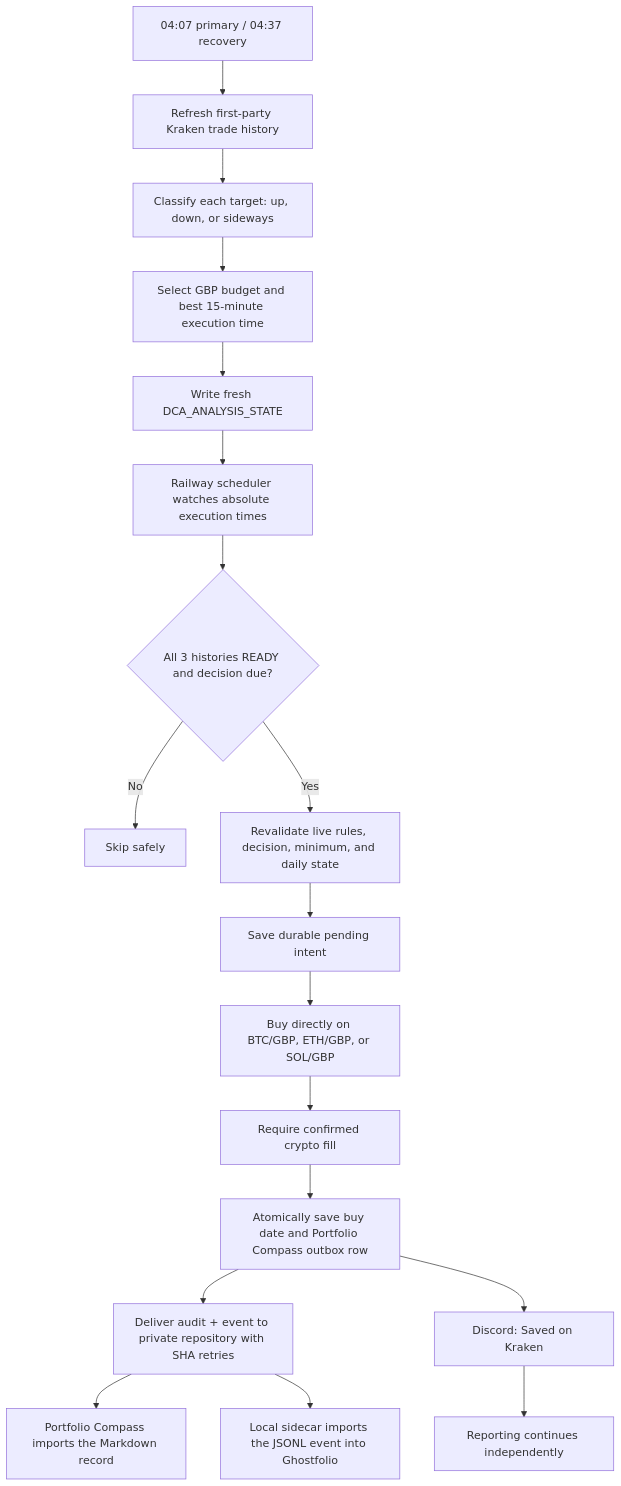
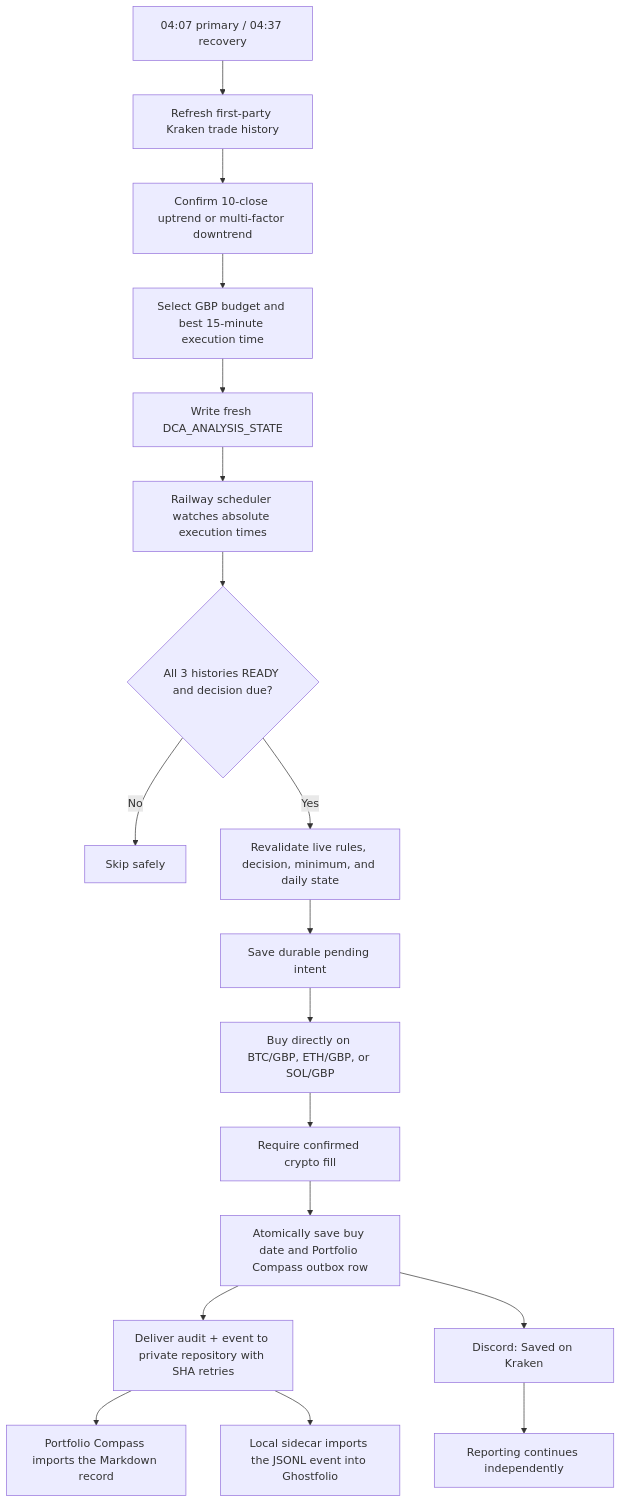
Before and after one commit to aesscialo-bot/DCA-Bot: the first of 2 diagrams in README.md, drawn with Mermaid. The commit also changed other lines of this file and 16 other files, not shown here.

````diff
--- a/README.md
+++ b/README.md
@@ -72,20 +72,20 @@
 ```mermaid
 flowchart TD
     A["04:07 primary / 04:37 recovery"] --> B["Refresh first-party Kraken trade history"]
-    B --> C["Classify each target: up, down, or sideways"]
+    B --> C["Confirm 10-close uptrend or multi-factor downtrend"]
     C --> D["Select GBP budget and best 15-minute execution time"]
     D --> E["Write fresh DCA_ANALYSIS_STATE"]
     E --> F["Railway scheduler watches absolute execution times"]
     F --> G{"All 3 histories READY and decision due?"}
     G -- "No" --> H["Skip safely"]
     G -- "Yes" --> I["Revalidate live rules, decision, minimum, and daily state"]
     I --> J["Save durable pending intent"]
     J --> L["Buy directly on BTC/GBP, ETH/GBP, or SOL/GBP"]
     L --> T["Require confirmed crypto fill"]
     T --> O["Atomically save buy date and Portfolio Compass outbox row"]
     O --> P["Deliver audit + event to private repository with SHA retries"]
     P --> U["Portfolio Compass imports the Markdown record"]
     P --> S["Local sidecar imports the JSONL event into Ghostfolio"]
     O --> Q["Discord: Saved on Kraken"]
     Q --> R["Reporting continues independently"]
 ```
````
